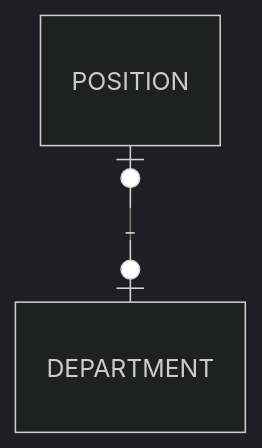
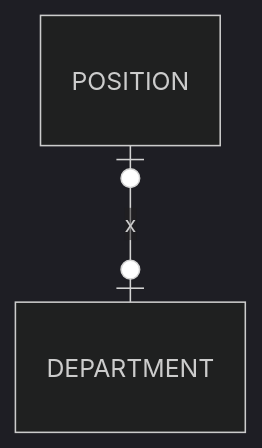
One commit to sdsanchezm/SQL-all changed the diagram in DatabaseFirstApproachMSSQLServer/README.md. Above: the diagram before and after it, drawn with Mermaid (dark theme).

Commit message:
linq expression for 2 1 on 1 relation using join AND MERMAID DIAGRAM CORRECTED 2

````diff
--- a/DatabaseFirstApproachMSSQLServer/README.md
+++ b/DatabaseFirstApproachMSSQLServer/README.md
@@ -19,5 +19,4 @@
 ```mermaid
 erDiagram
-    POSITION o|--o| DEPARTMENT : _
-    
+    POSITION o|--o| DEPARTMENT : x
 ```
````
